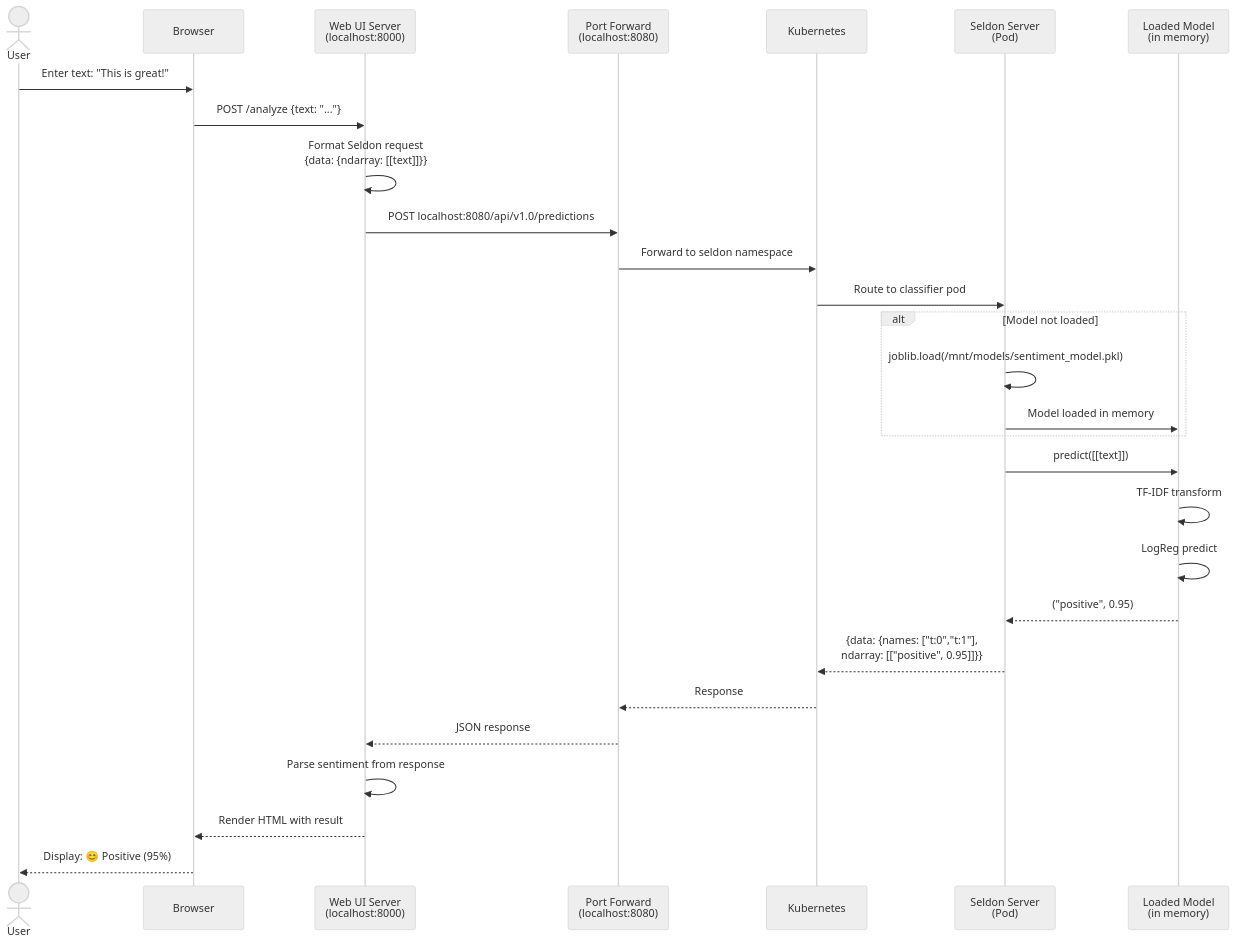
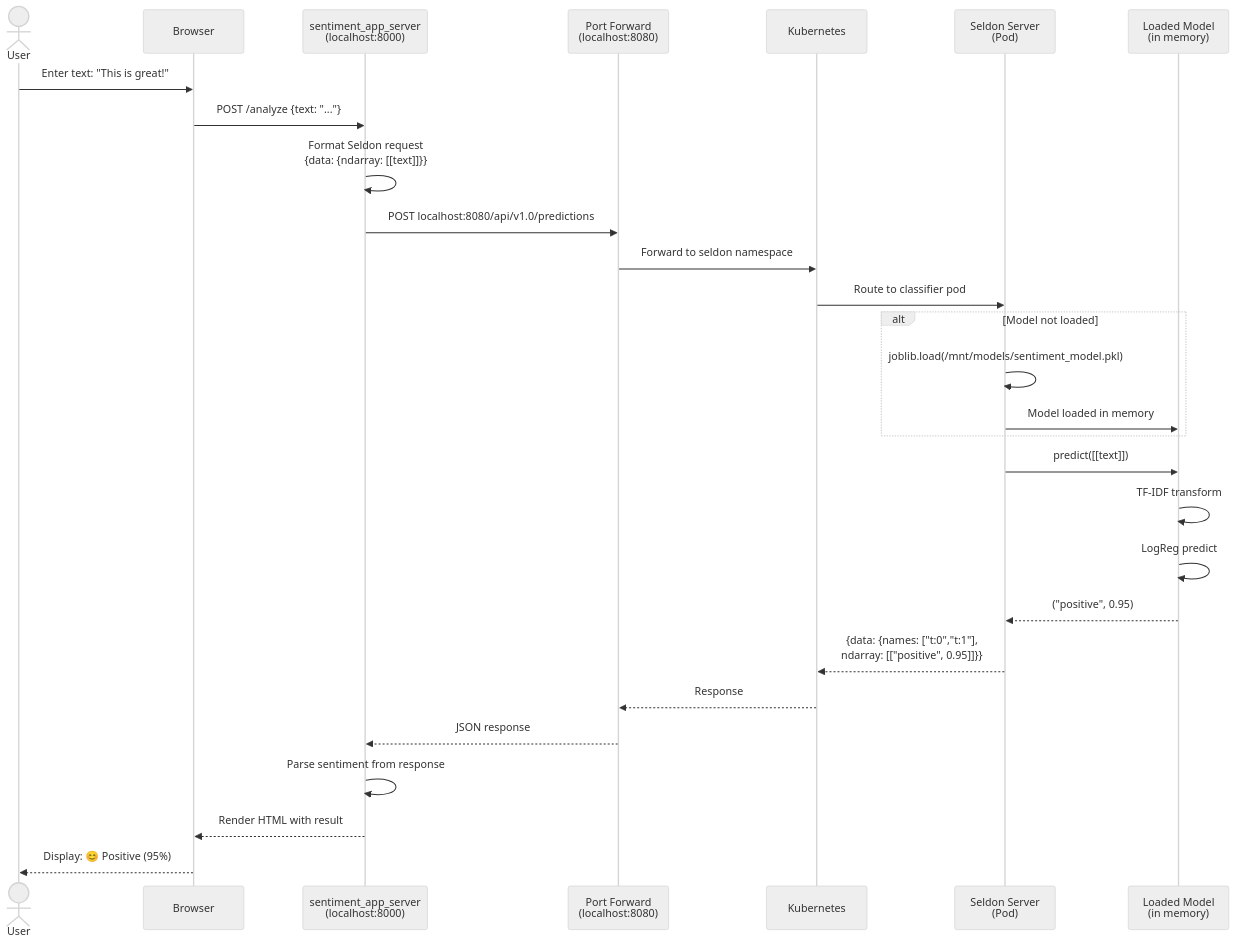
The sixth of 6 diagrams in docs/ARCHITECTURE.md (r39132/learn-seldon), drawn with Mermaid before and after one commit. The commit also changed other lines of this file and 1 other file, not shown here.

First line of the commit message:
Update naming: runtime component = sentiment_app_server, application = sentiment_app

````diff
--- a/docs/ARCHITECTURE.md
+++ b/docs/ARCHITECTURE.md
@@ -140,34 +140,34 @@
 ```mermaid
 %%{init: {'theme':'neutral'}}%%
 sequenceDiagram
     actor User
     participant Browser
-    participant WebUI as Web UI Server<br/>(localhost:8000)
+    participant WebUI as sentiment_app_server<br/>(localhost:8000)
     participant PortFwd as Port Forward<br/>(localhost:8080)
     participant K8s as Kubernetes
     participant Seldon as Seldon Server<br/>(Pod)
     participant Model as Loaded Model<br/>(in memory)
 
     User->>Browser: Enter text: "This is great!"
     Browser->>WebUI: POST /analyze {text: "..."}
     WebUI->>WebUI: Format Seldon request<br/>{data: {ndarray: [[text]]}}
     WebUI->>PortFwd: POST localhost:8080/api/v1.0/predictions
     PortFwd->>K8s: Forward to seldon namespace
     K8s->>Seldon: Route to classifier pod
 
     alt Model not loaded
         Seldon->>Seldon: joblib.load(/mnt/models/sentiment_model.pkl)
         Seldon->>Model: Model loaded in memory
     end
 
     Seldon->>Model: predict([[text]])
     Model->>Model: TF-IDF transform
     Model->>Model: LogReg predict
     Model-->>Seldon: ("positive", 0.95)
     Seldon-->>K8s: {data: {names: ["t:0","t:1"],<br/>ndarray: [["positive", 0.95]]}}
     K8s-->>PortFwd: Response
     PortFwd-->>WebUI: JSON response
     WebUI->>WebUI: Parse sentiment from response
     WebUI-->>Browser: Render HTML with result
     Browser-->>User: Display: 😊 Positive (95%)
 ```
````
